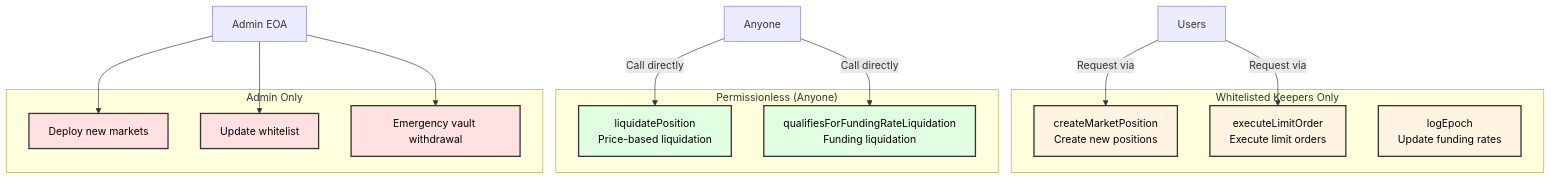
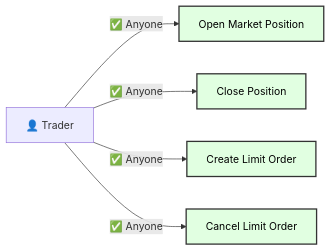
The fifth of 7 diagrams in PROTOCOL_GUIDE.md (avasnap/tradestaprotocol), drawn with Mermaid before and after one commit. The commit also changed other lines of this file, not shown here.

Commit message:
Fix Mermaid syntax error and split permission model into 3 diagrams
- Fixed funding diagram: simplified edge label to avoid parse error
- Split hybrid permission model into 3 separate diagrams (Traders, Keepers, Liquidators)
- Corrected Keepers section: removed incorrect 'Position Creation' responsibility
- Clarified that only limit order execution and funding updates require keepers

````diff
--- a/PROTOCOL_GUIDE.md
+++ b/PROTOCOL_GUIDE.md
@@ -328,38 +329,12 @@
 ```mermaid
-graph TB
-    subgraph "Whitelisted Keepers Only"
-        K1[createMarketPosition<br/>Create new positions]
-        K2[executeLimitOrder<br/>Execute limit orders]
-        K3[logEpoch<br/>Update funding rates]
-    end
+graph LR
+    Trader[👤 Trader] -->|✅ Anyone| CreatePos[Open Market Position]
+    Trader -->|✅ Anyone| ClosePos[Close Position]
+    Trader -->|✅ Anyone| CreateOrder[Create Limit Order]
+    Trader -->|✅ Anyone| CancelOrder[Cancel Limit Order]
 
-    subgraph "Permissionless (Anyone)"
-        L1[liquidatePosition<br/>Price-based liquidation]
-        L2[qualifiesForFundingRateLiquidation<br/>Funding liquidation]
-    end
-
-    subgraph "Admin Only"
-        A1[Deploy new markets]
-        A2[Update whitelist]
-        A3[Emergency vault withdrawal]
-    end
-
-    U[Users] -->|Request via| K1
-    U -->|Request via| K2
-
-    Anyone[Anyone] -->|Call directly| L1
-    Anyone -->|Call directly| L2
-
-    Admin[Admin EOA] --> A1
-    Admin --> A2
-    Admin --> A3
-
-    style K1 fill:#fff4e1,stroke:#333,stroke-width:2px,color:#000
-    style K2 fill:#fff4e1,stroke:#333,stroke-width:2px,color:#000
-    style K3 fill:#fff4e1,stroke:#333,stroke-width:2px,color:#000
-    style L1 fill:#e1ffe1,stroke:#333,stroke-width:2px,color:#000
-    style L2 fill:#e1ffe1,stroke:#333,stroke-width:2px,color:#000
-    style A1 fill:#ffe1e1,stroke:#333,stroke-width:2px,color:#000
-    style A2 fill:#ffe1e1,stroke:#333,stroke-width:2px,color:#000
-    style A3 fill:#ffe1e1,stroke:#333,stroke-width:2px,color:#000
+    style CreatePos fill:#e1ffe1,stroke:#333,stroke-width:2px,color:#000
+    style ClosePos fill:#e1ffe1,stroke:#333,stroke-width:2px,color:#000
+    style CreateOrder fill:#e1ffe1,stroke:#333,stroke-width:2px,color:#000
+    style CancelOrder fill:#e1ffe1,stroke:#333,stroke-width:2px,color:#000
 ```
````
